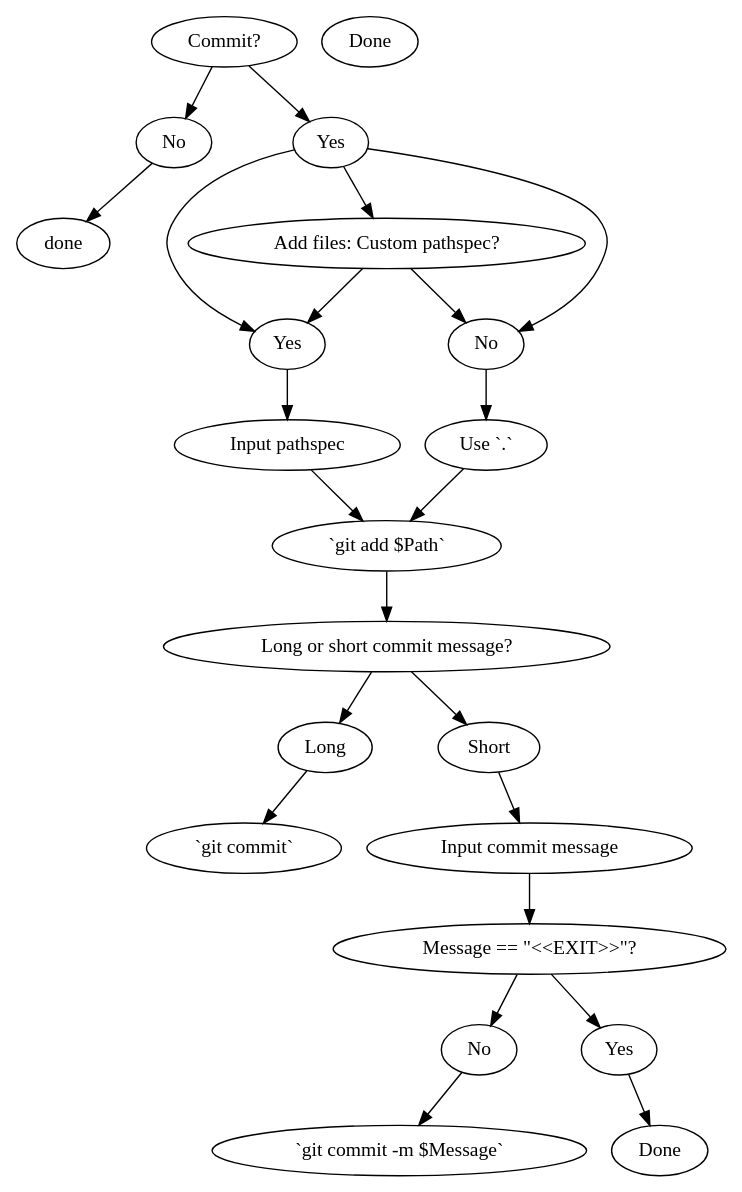
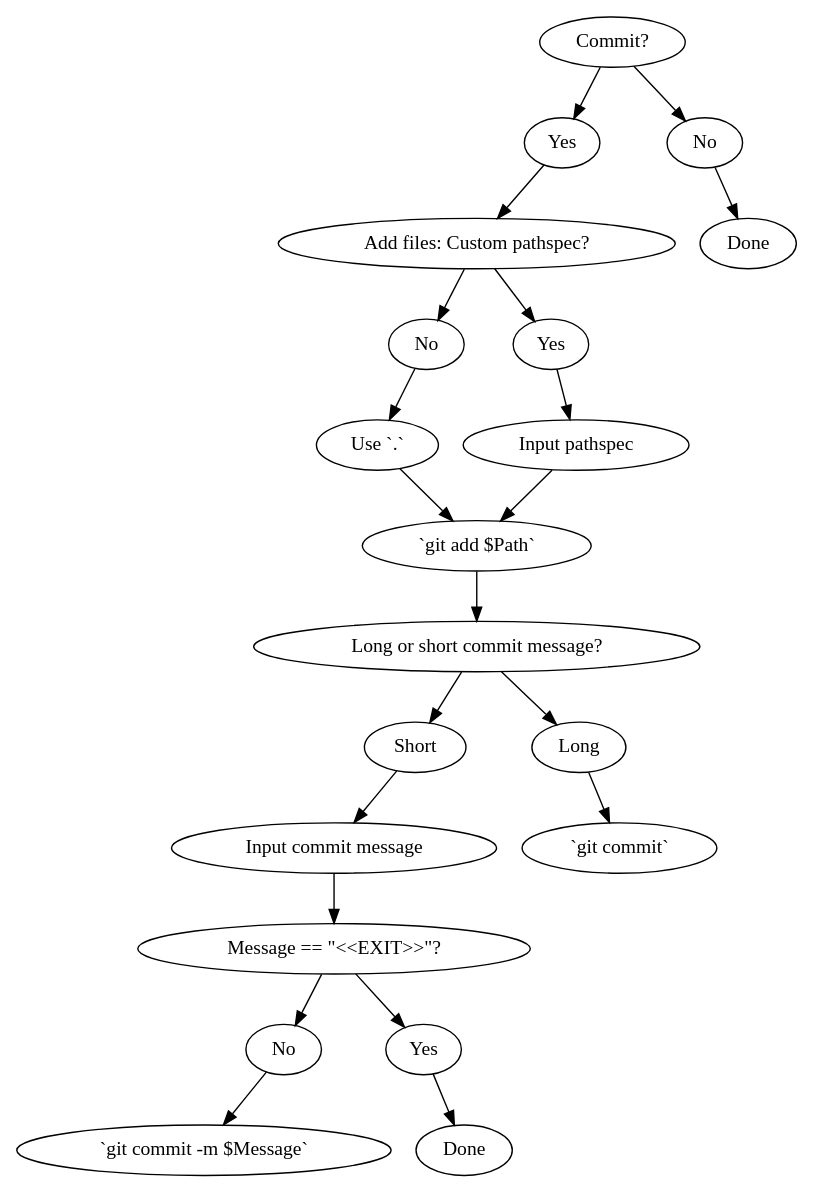
One commit to 9999years/Update-GitRepos changed the diagram in flow.dot. Above: the diagram before and after it, drawn with Graphviz. The commit also changed 2 other files, not shown here.

Commit message:
graph changes (changed quit to done) and some readme stuff. i think.

```diff
--- a/flow.dot
+++ b/flow.dot
@@ -1,38 +1,37 @@
 digraph programflow {
-	commit -> commit_no -> done
+	/*
+	I've tried to make this as readable as possible, but have probably failed.
+	The "main" vertical column is represented as the first line of content, with other off-shoots on later lines.
+	*/
+	
+	commit -> commit_yes -> custom_pathspec -> pathspec_no -> use_dot -> git_add -> commit_length -> length_short -> input_message -> message_exit -> message_no -> git_commit_m
 
-	commit -> commit_yes ->
-	{
-		custom_pathspec -> { pathspec_yes; pathspec_no }
-	}
+	commit -> commit_no -> commit_done
 
-	pathspec_yes -> input_pathspec -> git_add
-	pathspec_no -> use_dot -> git_add
+	custom_pathspec -> pathspec_yes -> input_pathspec -> git_add
 
-	git_add -> commit_length -> { length_long; length_short }
-	length_long -> git_commit
-	length_short -> input_message -> message_exit -> { message_no; message_yes }
-	message_yes -> message_done
-	message_no -> git_commit_m
+	commit_length -> length_long -> git_commit
+
+	message_exit -> message_yes -> message_done
 
 	commit_done [label="Done"]
 	pathspec_yes [label="Yes"]
 	pathspec_no [label="No"]
 	commit [label="Commit?"]
 	commit_no [label="No"]
 	commit_yes [label="Yes"]
 	custom_pathspec [label="Add files: Custom pathspec?"]
 	use_dot [label="Use `.`"]
 	input_pathspec [label="Input pathspec"]
 	git_add [label="`git add $Path`"]
 	git_commit [label="`git commit`"]
 	git_commit_m [label="`git commit -m $Message`"]
 	commit_length [label="Long or short commit message?"]
 	length_long [label="Long"]
 	length_short [label="Short"]
 	input_message [label="Input commit message"]
 	message_exit [label="Message == \"<<EXIT>>\"?"]
 	message_no [label="No"]
 	message_yes [label="Yes"]
 	message_done [label="Done"]
 }
```
